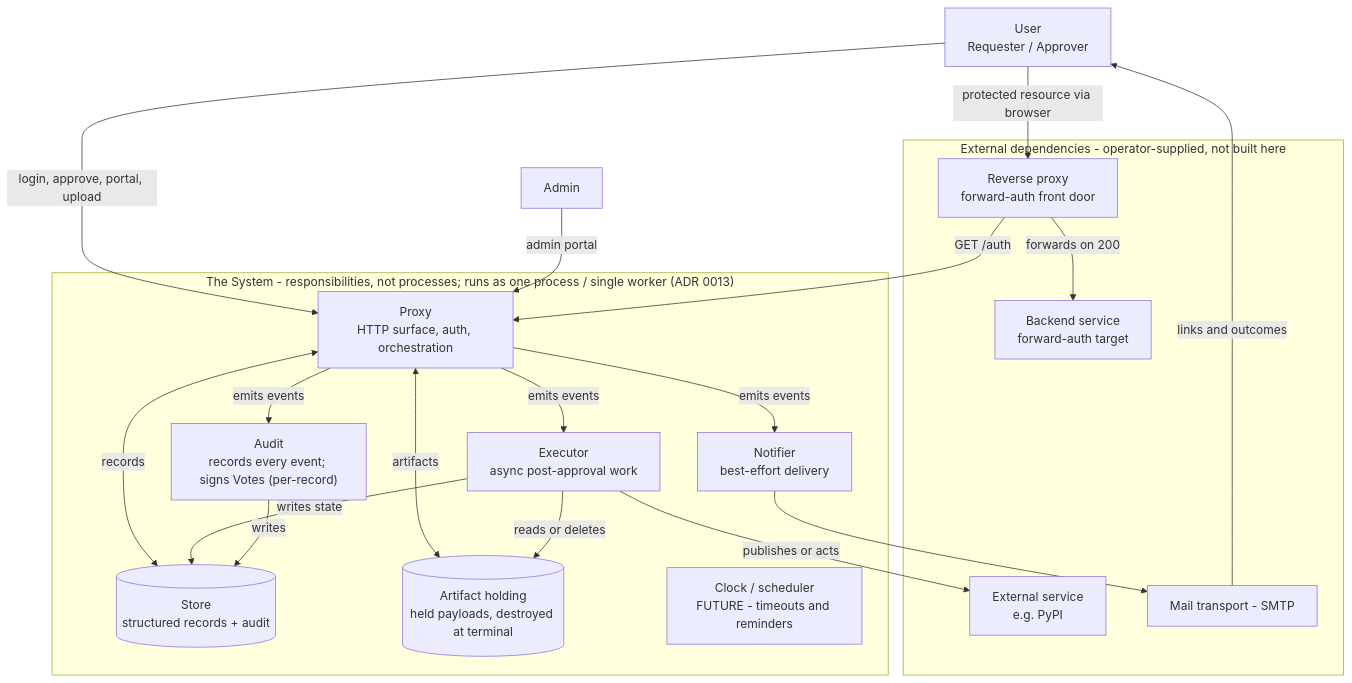
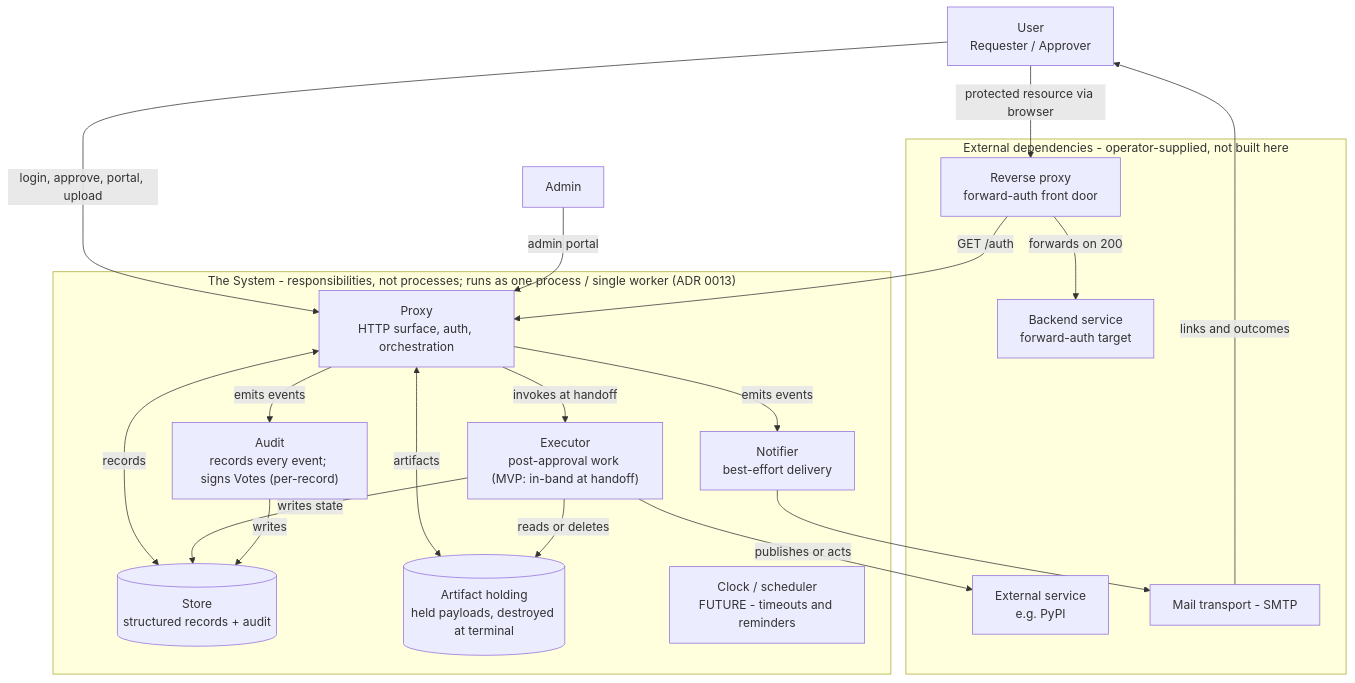
Before and after one commit to Ian-Costa18/Cybersecurity-Practicum: the diagram in docs/architecture.md, drawn with Mermaid. The commit also changed other lines of this file and 7 other files, not shown here.

````diff
--- a/docs/architecture.md
+++ b/docs/architecture.md
@@ -13,41 +13,41 @@
 ```mermaid
 flowchart TB
     user["User<br/>Requester / Approver"]
     admin["Admin"]
 
     subgraph ext["External dependencies - operator-supplied, not built here"]
         rproxy["Reverse proxy<br/>forward-auth front door"]
         backend["Backend service<br/>forward-auth target"]
         extsvc["External service<br/>e.g. PyPI"]
         mail["Mail transport - SMTP"]
     end
 
     subgraph sys["The System - responsibilities, not processes; runs as one process / single worker (ADR 0013)"]
         proxy["Proxy<br/>HTTP surface, auth, orchestration"]
         store[("Store<br/>structured records + audit")]
         artifacts[("Artifact holding<br/>held payloads, destroyed at terminal")]
-        executor["Executor<br/>async post-approval work"]
+        executor["Executor<br/>post-approval work (MVP: in-band at handoff)"]
         notifier["Notifier<br/>best-effort delivery"]
         audit["Audit<br/>records every event; signs Votes (per-record)"]
         clock["Clock / scheduler<br/>FUTURE - timeouts and reminders"]
     end
 
     user -->|protected resource via browser| rproxy
     user -->|login, approve, portal, upload| proxy
     admin -->|admin portal| proxy
     rproxy -->|GET /auth| proxy
     rproxy -->|forwards on 200| backend
 
     proxy <-->|records| store
     proxy <-->|artifacts| artifacts
-    proxy -->|emits events| executor
+    proxy -->|invokes at handoff| executor
     proxy -->|emits events| notifier
     proxy -->|emits events| audit
 
     executor -->|publishes or acts| extsvc
     executor -->|writes state| store
     executor -->|reads or deletes| artifacts
     audit -->|writes| store
     notifier --> mail
     mail -->|links and outcomes| user
 ```
````
